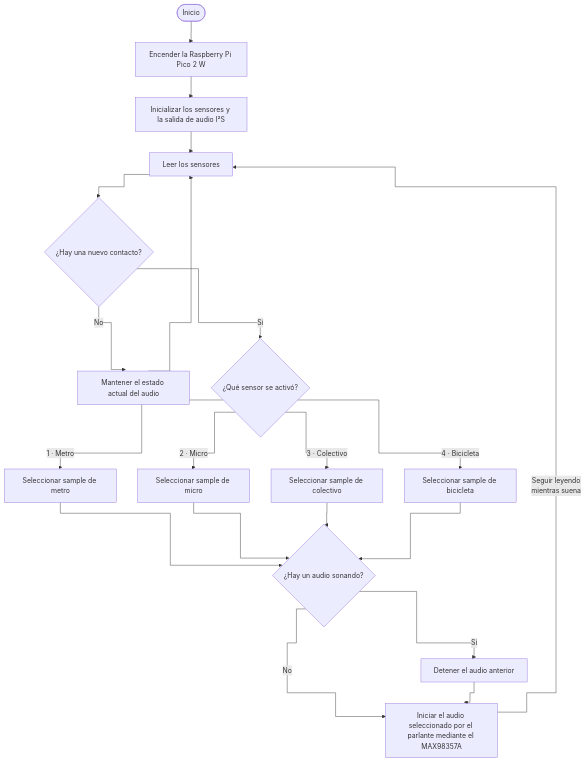
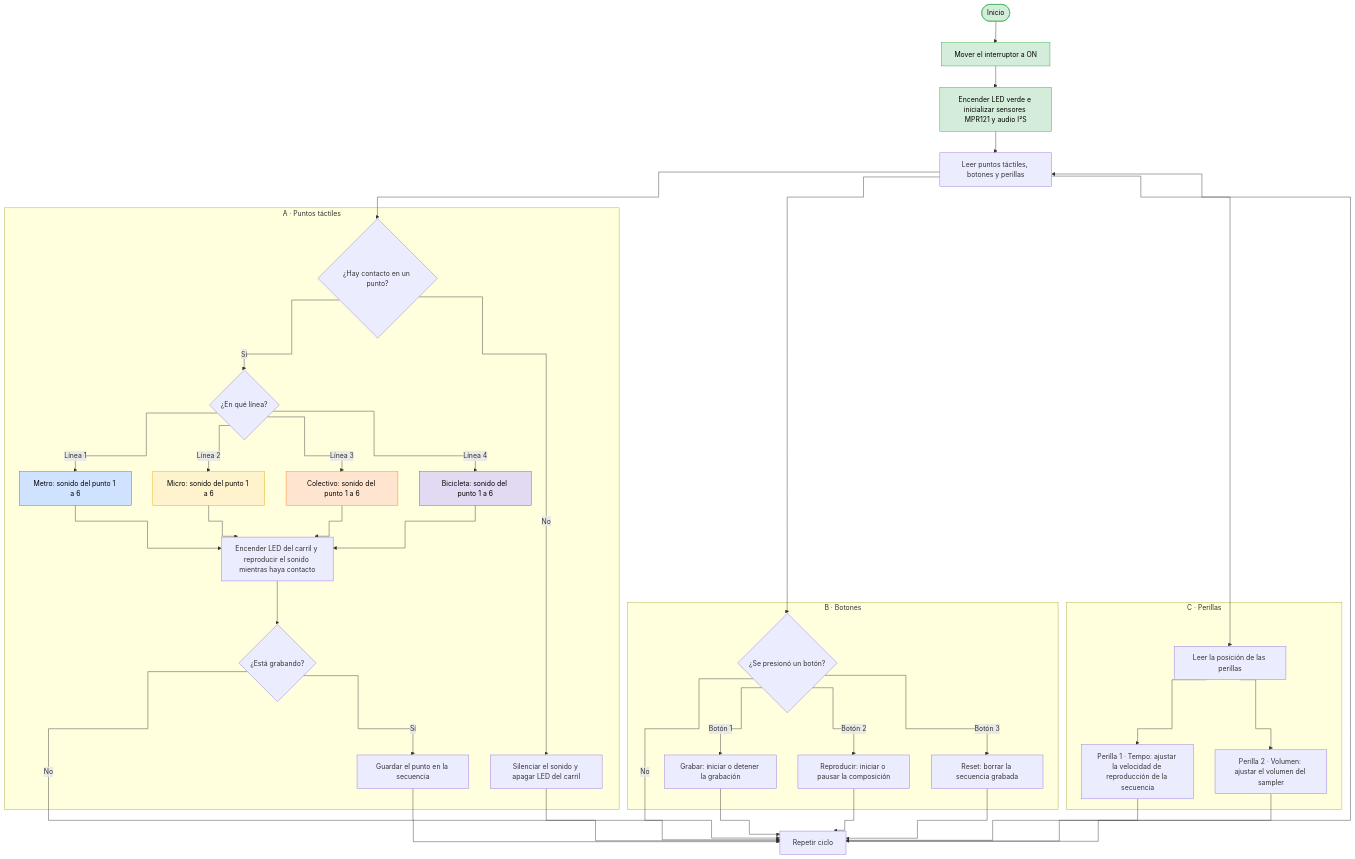
The first of 2 diagrams in 05-santiagocifuvelez/sesion-13b/README.md (Narelyriquelme/dis8645-2026-2-procesos-2), drawn with Mermaid before and after one commit. The commit also changed other lines of this file, not shown here.

````diff
--- a/05-santiagocifuvelez/sesion-13b/README.md
+++ b/05-santiagocifuvelez/sesion-13b/README.md
@@ -117,31 +120,67 @@
 ```mermaid
 ---
 config:
   flowchart:
     curve: step
 ---
 flowchart TD
-    Inicio(["Inicio"]) --> Encender["Encender la Raspberry Pi Pico 2 W"]
-    Encender --> Preparar["Inicializar los sensores y la salida de audio I²S"]
-    Preparar --> Leer["Leer los sensores"]
-    Leer --> Detectar{"¿Hay una nuevo contacto?"}
+    Inicio(["Inicio"]) --> ON["Mover el interruptor a ON"]
+    ON --> Preparar["Encender LED verde e inicializar sensores MPR121 y audio I²S"]
+    Preparar --> Leer["Leer puntos táctiles, botones y perillas"]
 
-    Detectar -->|No| SinPulsacion["Mantener el estado actual del audio"]
-    SinPulsacion --> Leer
-    Detectar -->|Sí| Identificar{"¿Qué sensor se activó?"}
+    Leer --> Contacto
+    Leer --> Boton
+    Leer --> Perillas
 
-    Identificar -->|1 · Metro| Metro["Seleccionar sample de metro"]
-    Identificar -->|2 · Micro| Micro["Seleccionar sample de micro"]
-    Identificar -->|3 · Colectivo| Colectivo["Seleccionar sample de colectivo"]
-    Identificar -->|4 · Bicicleta| Bici["Seleccionar sample de bicicleta"]
+    subgraph TACTIL ["A · Puntos táctiles"]
+        Contacto{"¿Hay contacto en un punto?"}
+        Contacto -->|Sí| Linea{"¿En qué línea?"}
+        Linea -->|Línea 1| Metro["Metro: sonido del punto 1 a 6"]
+        Linea -->|Línea 2| Micro["Micro: sonido del punto 1 a 6"]
+        Linea -->|Línea 3| Colectivo["Colectivo: sonido del punto 1 a 6"]
+        Linea -->|Línea 4| Bici["Bicicleta: sonido del punto 1 a 6"]
+        Metro --> Sonar
+        Micro --> Sonar
+        Colectivo --> Sonar
+        Bici --> Sonar
+        Sonar["Encender LED del carril y reproducir el sonido mientras haya contacto"]
+        Sonar --> Grabando{"¿Está grabando?"}
+        Grabando -->|Sí| Guardar["Guardar el punto en la secuencia"]
+        Contacto -->|No| Silencio["Silenciar el sonido y apagar LED del carril"]
+    end
 
-    Metro --> EnCurso{"¿Hay un audio sonando?"}
-    Micro --> EnCurso
-    Colectivo --> EnCurso
-    Bici --> EnCurso
+    subgraph BOTONES ["B · Botones"]
+        Boton{"¿Se presionó un botón?"}
+        Boton -->|Botón 1| B1["Grabar: iniciar o detener la grabación"]
+        Boton -->|Botón 2| B2["Reproducir: iniciar o pausar la composición"]
+        Boton -->|Botón 3| B3["Reset: borrar la secuencia grabada"]
+    end
 
-    EnCurso -->|Sí| Detener["Detener el audio anterior"]
-    EnCurso -->|No| Reproducir["Iniciar el audio seleccionado por el parlante mediante el MAX98357A"]
-    Detener --> Reproducir
-    Reproducir -->|Seguir leyendo <br> mientras suena| Leer
+    subgraph PERILLAS ["C · Perillas"]
+        Perillas["Leer la posición de las perillas"]
+        Perillas --> Tempo["Perilla 1 · Tempo: ajustar la velocidad de reproducción de la secuencia"]
+        Perillas --> Volumen["Perilla 2 · Volumen: ajustar el volumen del sampler"]
+    end
+
+    Grabando -->|No| Ciclo
+    Guardar --> Ciclo
+    Silencio --> Ciclo
+    Boton -->|No| Ciclo
+    B1 --> Ciclo
+    B2 --> Ciclo
+    B3 --> Ciclo
+    Tempo --> Ciclo
+    Volumen --> Ciclo
+    Ciclo["Repetir ciclo"] --> Leer
+
+    classDef inicio fill:#d4edda,stroke:#28a745,color:#000
+    classDef metro fill:#cfe2ff,stroke:#0d6efd,color:#000
+    classDef micro fill:#fff3cd,stroke:#e0a800,color:#000
+    classDef colectivo fill:#ffe5d0,stroke:#fd7e14,color:#000
+    classDef bici fill:#e2d9f3,stroke:#6f42c1,color:#000
+    class Inicio,ON,Preparar inicio
+    class Metro metro
+    class Micro micro
+    class Colectivo colectivo
+    class Bici bici
 ```
````
